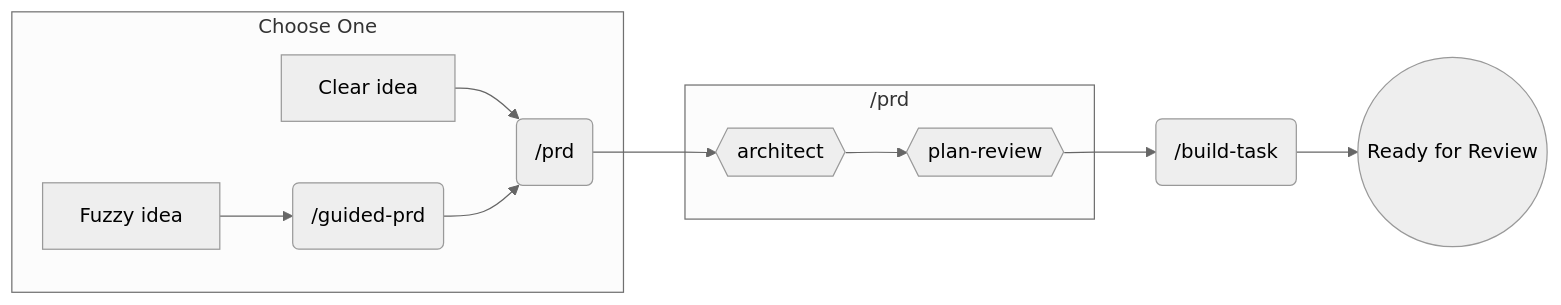
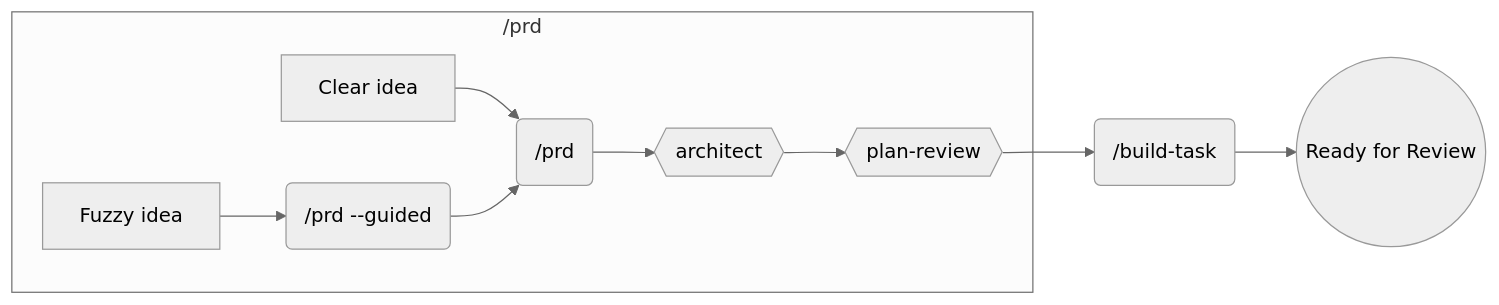
The first of 3 diagrams in plugins/majestic-engineer/README.md (majesticlabs-dev/majestic-marketplace), drawn with Mermaid (neutral theme) before and after one commit. The commit also changed other lines of this file and 11 other files, not shown here.

````diff
--- a/plugins/majestic-engineer/README.md
+++ b/plugins/majestic-engineer/README.md
@@ -32,15 +32,12 @@
 ```mermaid
 graph LR
-    subgraph "Choose One"
+    subgraph "/prd"
         A1[Clear idea] --> P(/prd)
-        A2[Fuzzy idea] --> G(/guided-prd) --> P
-    end
-
-    subgraph "/prd"
+        A2[Fuzzy idea] --> G(/prd --guided) --> P
         P --> AR{{architect}}
         AR --> PR{{plan-review}}
     end
 
     PR --> BT(/build-task)
     BT --> Done((Ready for Review))
 ```
````
